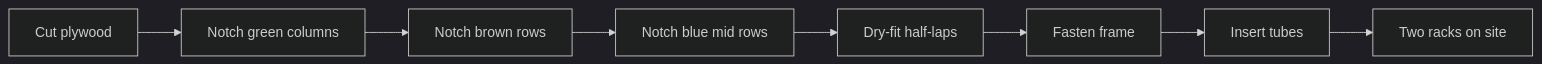
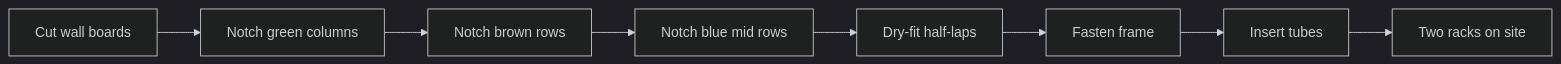
One commit to cesau78/fireworks-display-2026 changed the second of 2 diagrams in design/finale-mortar-rack/README.md. Above: the diagram before and after it, drawn with Mermaid (dark theme). The commit also changed other lines of this file and 27 other files, not shown here.

````diff
--- a/design/finale-mortar-rack/README.md
+++ b/design/finale-mortar-rack/README.md
@@ -211,10 +211,10 @@
 ```mermaid
 flowchart LR
-  cut[Cut plywood] --> notchG[Notch green columns]
+  cut[Cut wall boards] --> notchG[Notch green columns]
   notchG --> notchB[Notch brown rows]
   notchB --> notchM[Notch blue mid rows]
   notchM --> fit[Dry-fit half-laps]
   fit --> fasten[Fasten frame]
   fasten --> tubes[Insert tubes]
   tubes --> field[Two racks on site]
 ```
````
